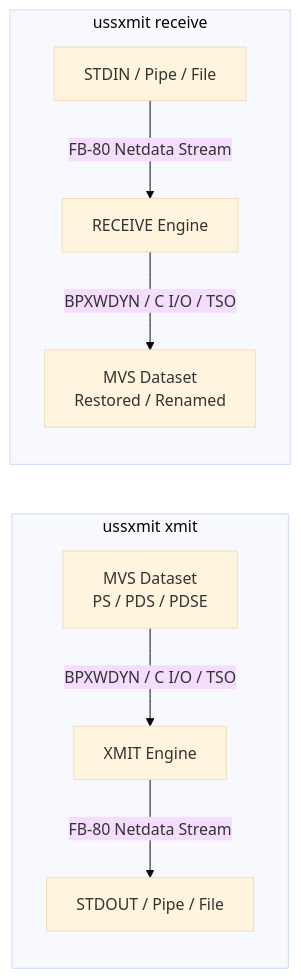
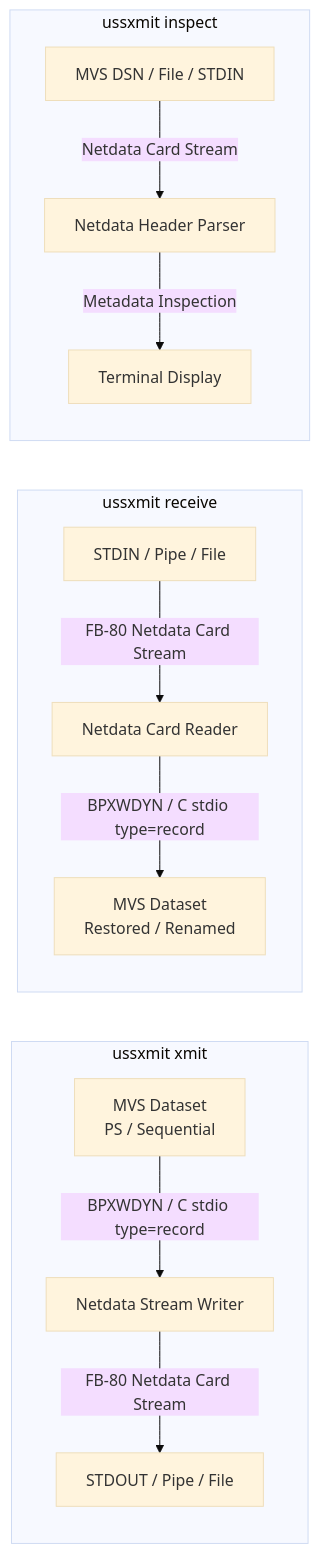
One commit to ccw-1/ussxmit changed the first of 2 diagrams in DESIGN.md. Above: the diagram before and after it, drawn with Mermaid (base theme). The commit also changed other lines of this file and 2 other files, not shown here.

````diff
--- a/DESIGN.md
+++ b/DESIGN.md
@@ -7,12 +7,17 @@
 ```mermaid
 flowchart LR
     subgraph XMIT_Flow [ussxmit xmit]
-        DSN1[MVS Dataset\nPS / PDS / PDSE] -->|BPXWDYN / C I/O / TSO| Engine1[XMIT Engine]
-        Engine1 -->|FB-80 Netdata Stream| STDOUT1[STDOUT / Pipe / File]
+        DSN1[MVS Dataset\nPS / Sequential] -->|BPXWDYN / C stdio type=record| Engine1[Netdata Stream Writer]
+        Engine1 -->|FB-80 Netdata Card Stream| STDOUT1[STDOUT / Pipe / File]
     end
 
     subgraph RECEIVE_Flow [ussxmit receive]
-        STDIN2[STDIN / Pipe / File] -->|FB-80 Netdata Stream| Engine2[RECEIVE Engine]
-        Engine2 -->|BPXWDYN / C I/O / TSO| DSN2[MVS Dataset\nRestored / Renamed]
+        STDIN2[STDIN / Pipe / File] -->|FB-80 Netdata Card Stream| Engine2[Netdata Card Reader]
+        Engine2 -->|BPXWDYN / C stdio type=record| DSN2[MVS Dataset\nRestored / Renamed]
+    end
+
+    subgraph INSPECT_Flow [ussxmit inspect]
+        INPUT3[MVS DSN / File / STDIN] -->|Netdata Card Stream| Engine3[Netdata Header Parser]
+        Engine3 -->|Metadata Inspection| CONSOLE3[Terminal Display]
     end
 ```
````
